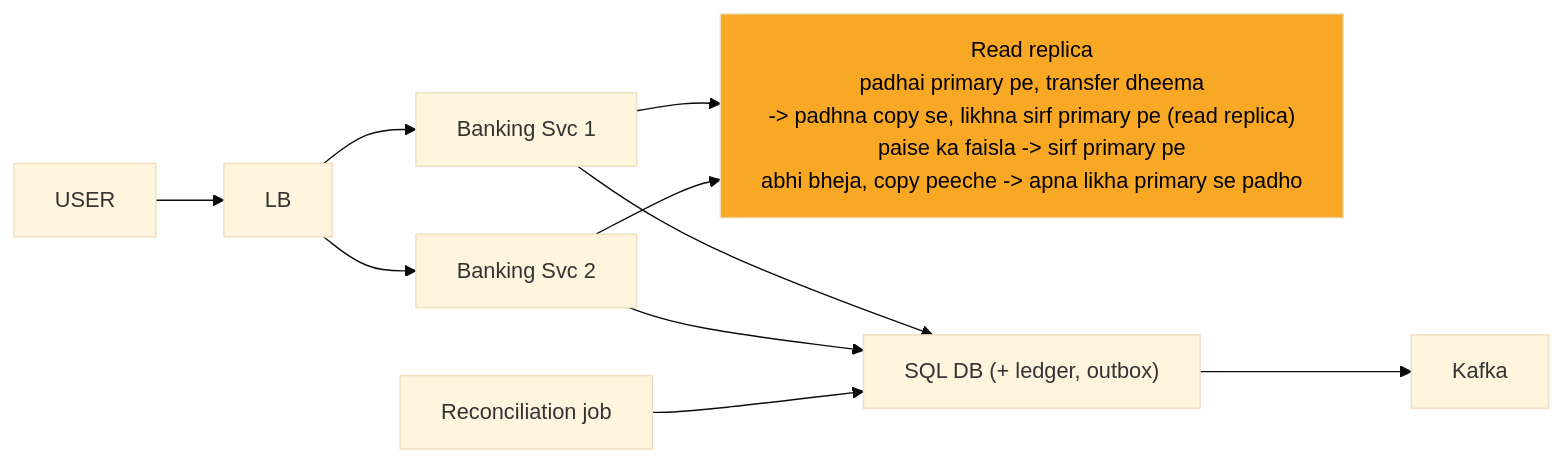
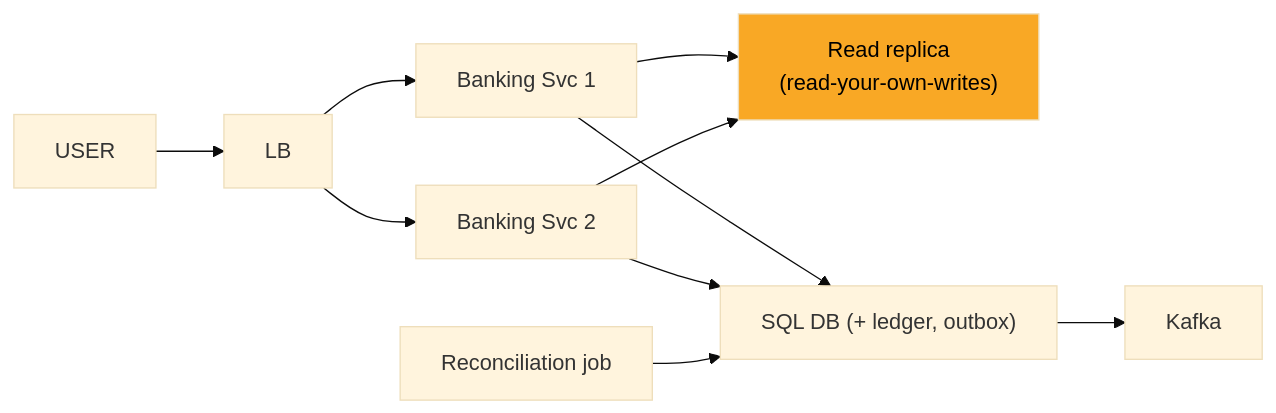
Before and after one commit to ArpanMaheshwari144/Prep: the diagram in 04_HLD/SYSTEM_DESIGNS/13_banking_system/img/c8.mmd, drawn with Mermaid (base theme). The commit also changed 46 other files, not shown here.

```diff
--- a/04_HLD/SYSTEM_DESIGNS/13_banking_system/img/c8.mmd
+++ b/04_HLD/SYSTEM_DESIGNS/13_banking_system/img/c8.mmd
@@ -1,20 +1,20 @@
 %%{init: {"flowchart": {"wrappingWidth": 450}}}%%
 flowchart LR
     n_USER["USER"]
     n_LB["LB"]
     n_S1["Banking Svc 1"]
     n_S2["Banking Svc 2"]
-    n_RR["Read replica<br/>padhai primary pe, transfer dheema<br/>-> padhna copy se, likhna sirf primary pe (read replica)<br/>paise ka faisla -> sirf primary pe<br/>abhi bheja, copy peeche -> apna likha primary se padho"]
+    n_RR["Read replica<br/>(read-your-own-writes)"]
     n_DB["SQL DB (+ ledger, outbox)"]
     n_K["Kafka"]
     n_REC["Reconciliation job"]
     n_USER --> n_LB
     n_LB --> n_S1
     n_LB --> n_S2
     n_S1 --> n_RR
     n_S2 --> n_RR
     n_S1 --> n_DB
     n_S2 --> n_DB
     n_DB --> n_K
     n_REC --> n_DB
     style n_RR fill:#f9a825,color:#000
```
